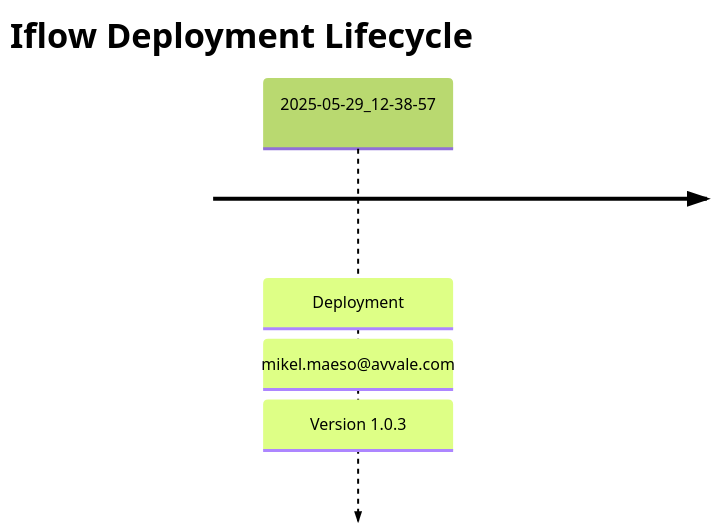
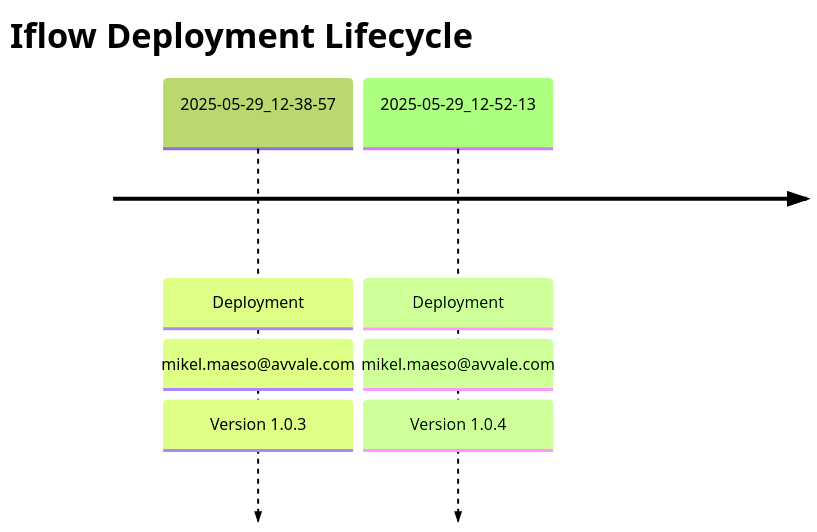
Before and after one commit to Avvale-IA-CICD/AvvaleCPI: the diagram in REPSOL - Demo IA Docs/Check_Connectivity_from_SAP_Business_Suite_-_REPSOL/README.md, drawn with Mermaid. The commit also changed other lines of this file, not shown here.

Commit message:
docs: Update master README for REPSOL - Demo IA Docs/Check_Connectivity_from_SAP_Business_Suite_-_REPSOL (v 1.0.4)

````diff
--- a/REPSOL - Demo IA Docs/Check_Connectivity_from_SAP_Business_Suite_-_REPSOL/README.md
+++ b/REPSOL - Demo IA Docs/Check_Connectivity_from_SAP_Business_Suite_-_REPSOL/README.md
@@ -7,6 +7,7 @@
 ```mermaid
 %%{init: { 'logLevel': 'debug', 'theme': 'forest' } }%%
 timeline
     title Iflow Deployment Lifecycle
     2025-05-29_12-38-57 : Deployment : mikel.maeso@avvale.com : Version 1.0.3
+    2025-05-29_12-52-13 : Deployment : mikel.maeso@avvale.com : Version 1.0.4
 ```
````
